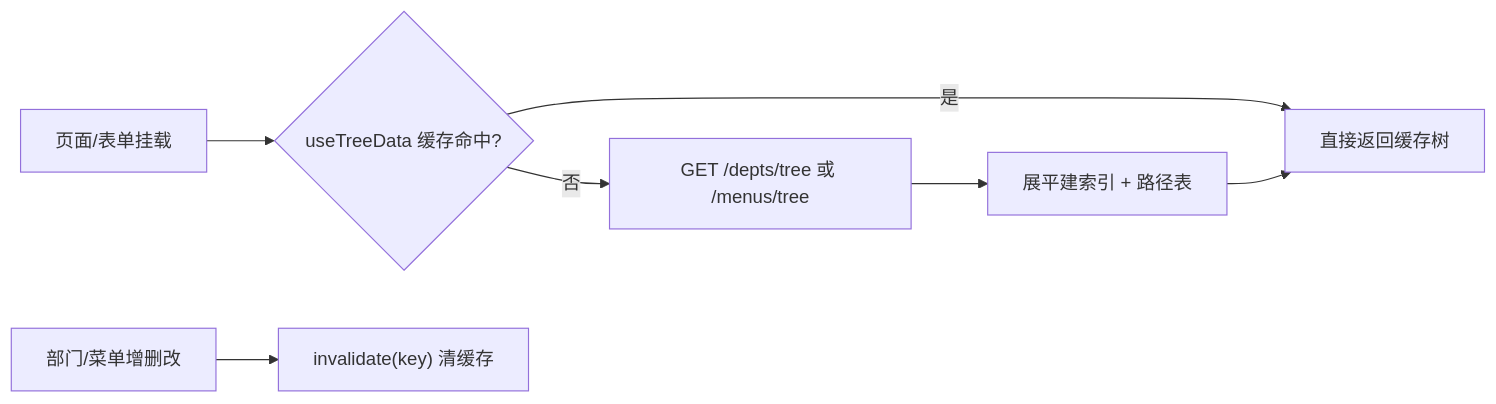
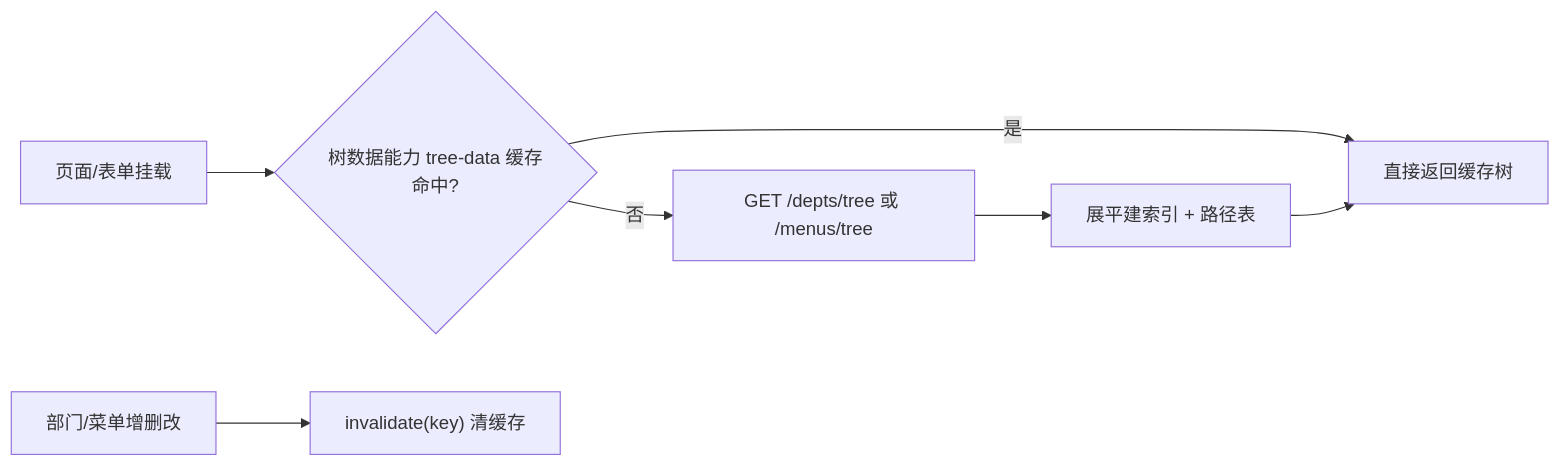
Before and after one commit to minjian123/basic-management-system: the diagram in bms文档/设计/组件设计/06_字段类/04_组件设计_树选择字段/04_组件设计_树选择字段.md, drawn with Mermaid. The commit also changed other lines of this file and 154 other files, not shown here.

````diff
--- a/bms文档/设计/组件设计/06_字段类/04_组件设计_树选择字段/04_组件设计_树选择字段.md
+++ b/bms文档/设计/组件设计/06_字段类/04_组件设计_树选择字段/04_组件设计_树选择字段.md
@@ -40,9 +42,9 @@
 ```mermaid
 flowchart LR
-    A["页面/表单挂载"] --> B{"useTreeData 缓存命中?"}
+    A["页面/表单挂载"] --> B{"树数据能力 tree-data 缓存命中?"}
     B -- 是 --> C["直接返回缓存树"]
     B -- 否 --> D["GET /depts/tree 或 /menus/tree"]
     D --> E["展平建索引 + 路径表"]
     E --> C
     F["部门/菜单增删改"] --> G["invalidate(key) 清缓存"]
 ```
````
